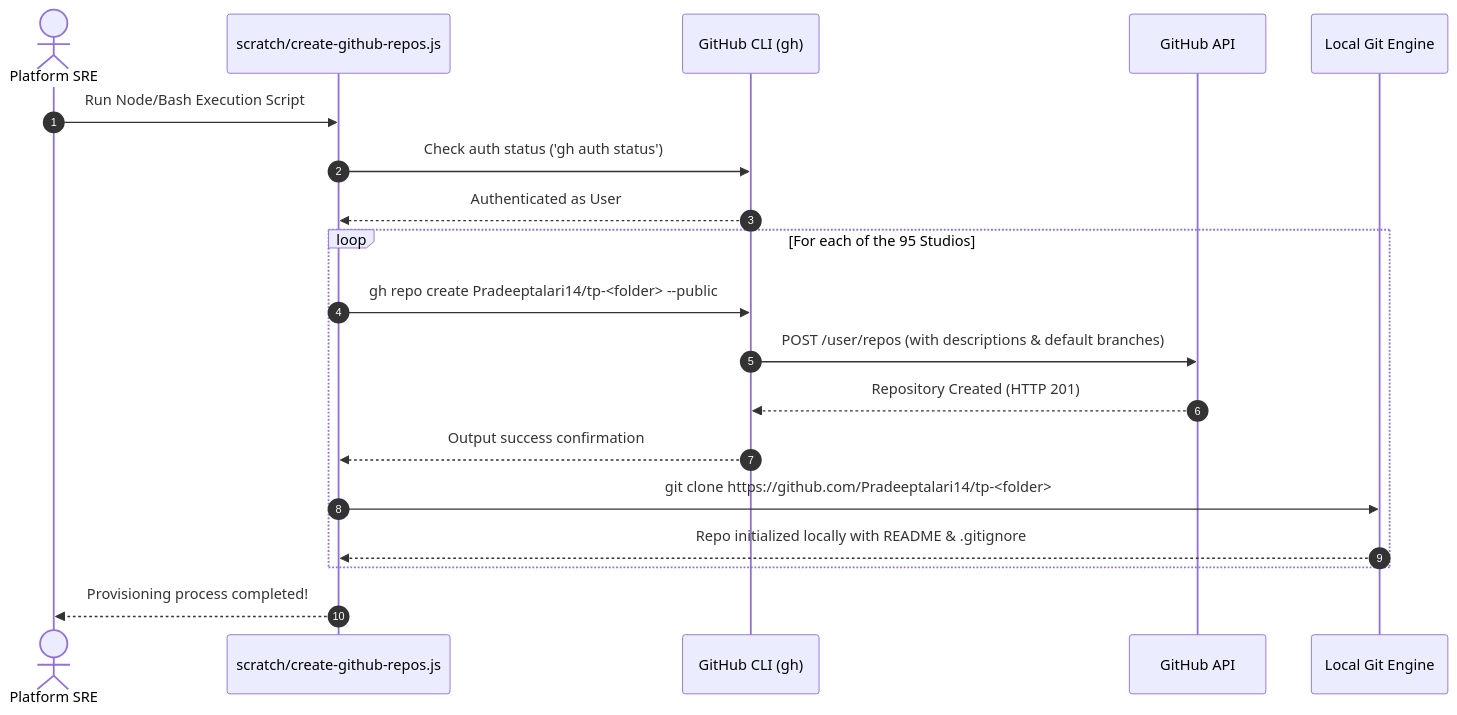
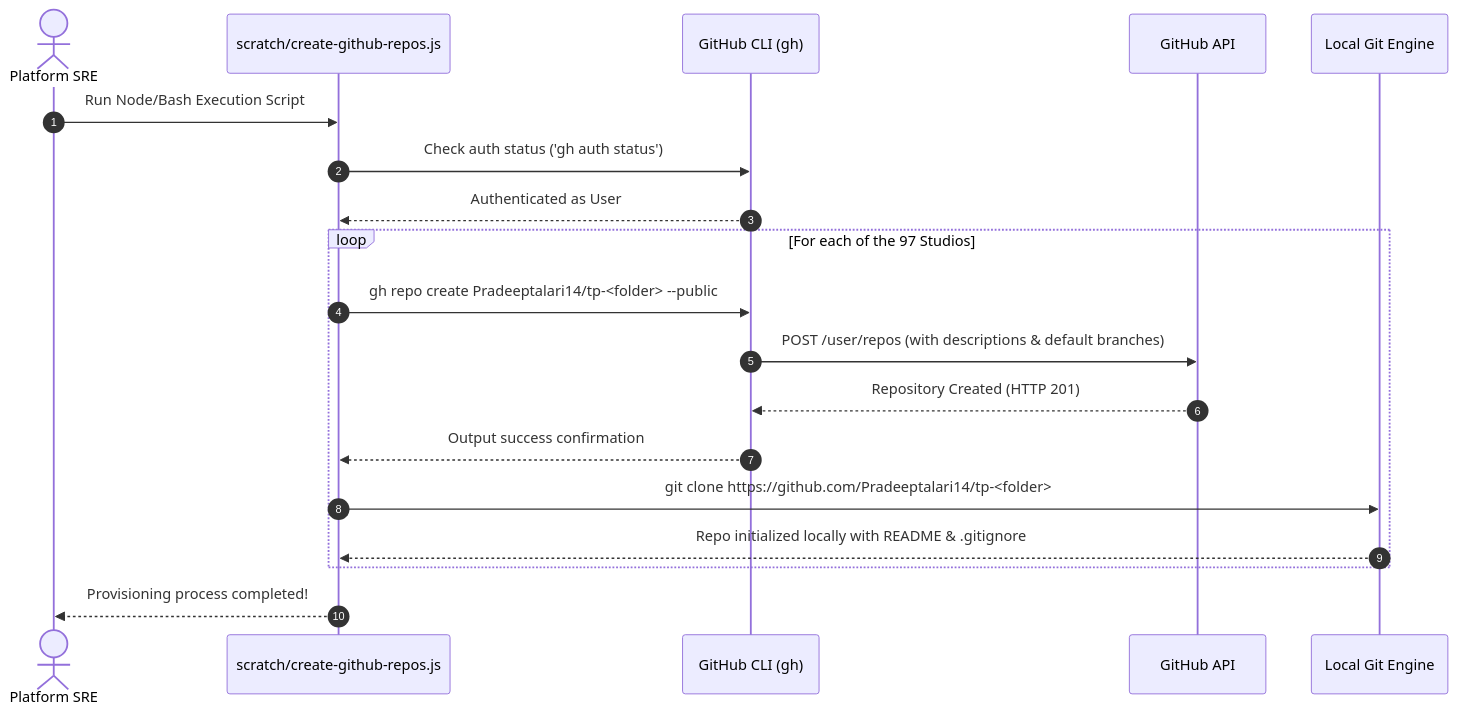
One commit to Pradeeptalari14/portfolio changed the first of 2 diagrams in GITHUB_PROVISIONING_GUIDE.md. Above: the diagram before and after it, drawn with Mermaid. The commit also changed other lines of this file and 12 other files, not shown here.

````diff
--- a/GITHUB_PROVISIONING_GUIDE.md
+++ b/GITHUB_PROVISIONING_GUIDE.md
@@ -25,22 +25,22 @@
 ```mermaid
 sequenceDiagram
     autonumber
     actor Engineer as Platform SRE
     participant Script as scratch/create-github-repos.js
     participant gh as GitHub CLI (gh)
     participant API as GitHub API
     participant Git as Local Git Engine
 
     Engineer->>Script: Run Node/Bash Execution Script
     Script->>gh: Check auth status ('gh auth status')
     gh-->>Script: Authenticated as User
-    loop For each of the 95 Studios
+    loop For each of the 97 Studios
         Script->>gh: gh repo create Pradeeptalari14/tp-<folder> --public
         gh->>API: POST /user/repos (with descriptions & default branches)
         API-->>gh: Repository Created (HTTP 201)
         gh-->>Script: Output success confirmation
         Script->>Git: git clone https://github.com/Pradeeptalari14/tp-<folder>
         Git-->>Script: Repo initialized locally with README & .gitignore
     end
     Script-->>Engineer: Provisioning process completed!
 ```
````
